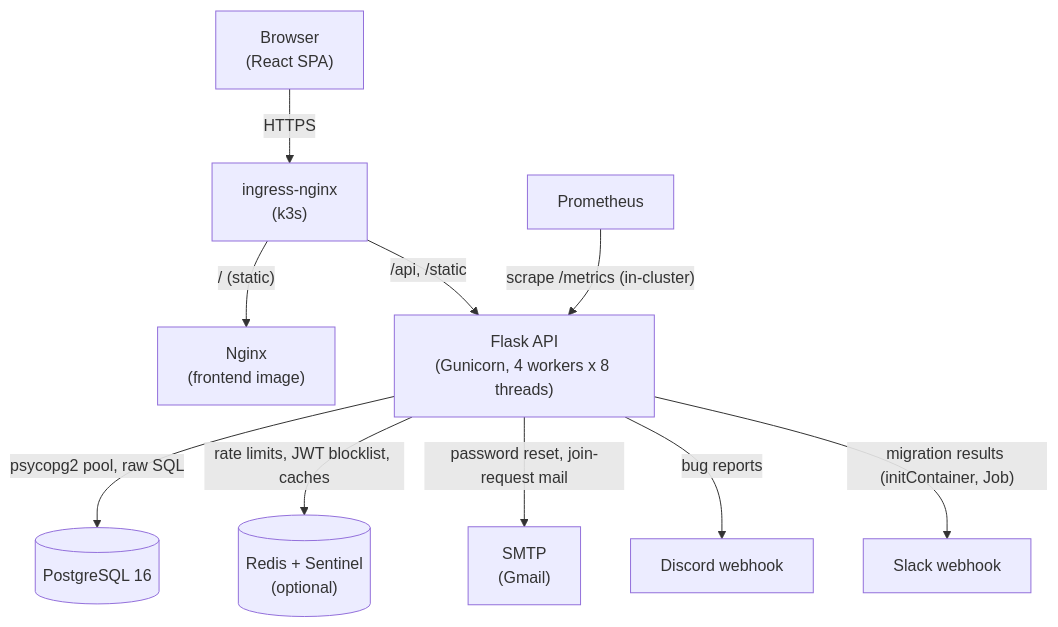
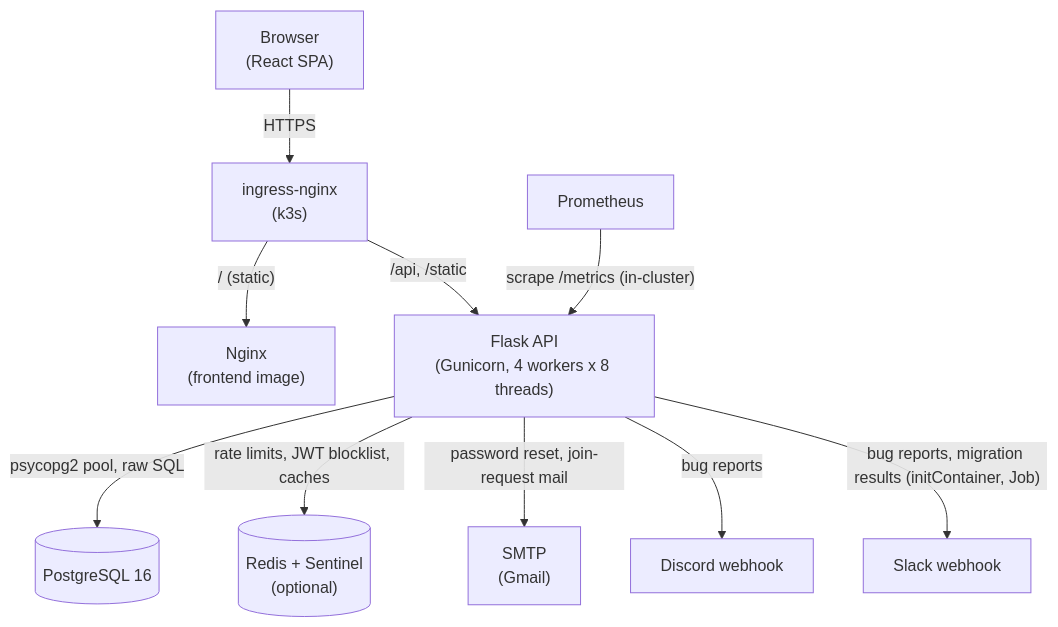
One commit to fss-fmi/fmi-codes-website-2026 changed the first of 2 diagrams in docs/architecture.md. Above: the diagram before and after it, drawn with Mermaid. The commit also changed other lines of this file and 18 other files, not shown here.

First line of the commit message:
feat: send bug reports to a Slack channel alongside Discord (#129)

````diff
--- a/docs/architecture.md
+++ b/docs/architecture.md
@@ -9,23 +9,23 @@
 ```mermaid
 graph TD
     Browser["Browser<br/>(React SPA)"]
     Nginx["Nginx<br/>(frontend image)"]
     Ingress["ingress-nginx<br/>(k3s)"]
     API["Flask API<br/>(Gunicorn, 4 workers x 8 threads)"]
     PG[("PostgreSQL 16")]
     Redis[("Redis + Sentinel<br/>(optional)")]
     SMTP["SMTP<br/>(Gmail)"]
     Discord["Discord webhook"]
     Slack["Slack webhook"]
     Prom["Prometheus"]
 
     Browser -->|HTTPS| Ingress
     Ingress -->|"/ (static)"| Nginx
     Ingress -->|"/api, /static"| API
     API -->|psycopg2 pool, raw SQL| PG
     API -->|rate limits, JWT blocklist, caches| Redis
     API -->|password reset, join-request mail| SMTP
     API -->|bug reports| Discord
-    API -->|"migration results (initContainer, Job)"| Slack
+    API -->|"bug reports, migration results (initContainer, Job)"| Slack
     Prom -->|"scrape /metrics (in-cluster)"| API
 ```
````
